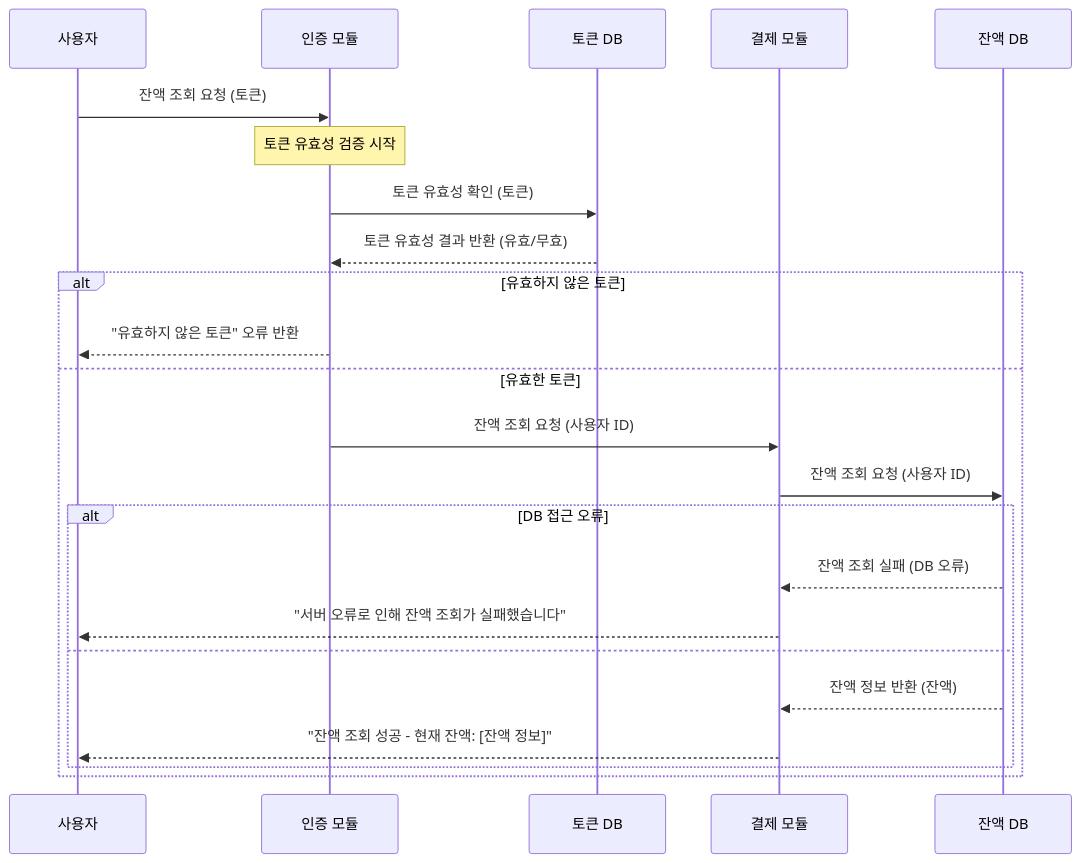
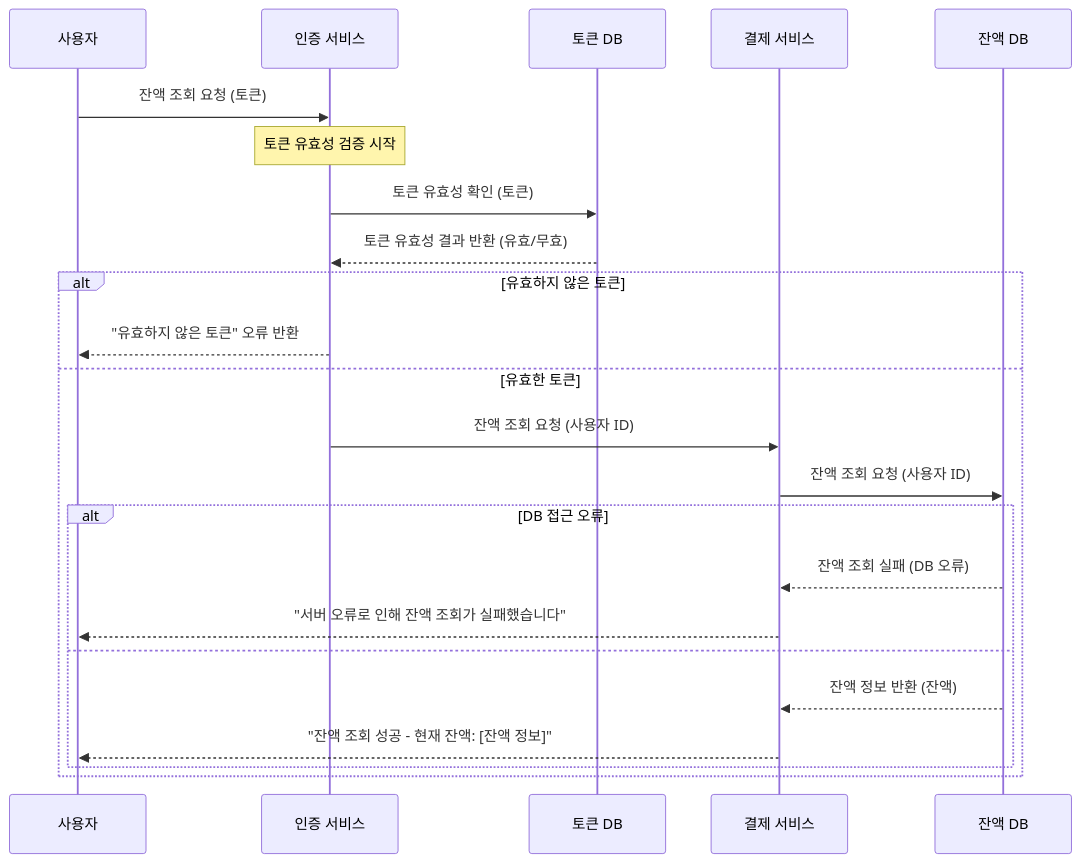
The sixth of 14 diagrams in README.md (SooLee99/hhplus-concert-reservation-service), drawn with Mermaid before and after one commit. The commit also changed other lines of this file, not shown here.

````diff
--- a/README.md
+++ b/README.md
@@ -275,37 +275,37 @@
 ```mermaid
   sequenceDiagram
   %% 참가자 정의
   participant User as 사용자
-  participant AuthServer as 인증 모듈
+  participant AuthServer as 인증 서비스
   participant TokenDB as 토큰 DB
-  participant ReservationServer as 결제 모듈
+  participant ReservationServer as 결제 서비스
   participant BalanceDB as 잔액 DB
   
   %% 1️⃣ 사용자 잔액 조회 요청 시나리오
   User->>AuthServer: 잔액 조회 요청 (토큰)
   Note over AuthServer: 토큰 유효성 검증 시작
   
   %% 2️⃣ 토큰 유효성 검증
   AuthServer->>TokenDB: 토큰 유효성 확인 (토큰)
   TokenDB-->>AuthServer: 토큰 유효성 결과 반환 (유효/무효)
   
   alt 유효하지 않은 토큰
   %% 3️⃣ 유효하지 않은 토큰일 경우
   AuthServer-->>User: "유효하지 않은 토큰" 오류 반환
   else 유효한 토큰
   %% 4️⃣ 예약 서버로 유효한 요청 전달
   AuthServer->>ReservationServer: 잔액 조회 요청 (사용자 ID)
   
       %% 5️⃣ 잔액 조회 요청 처리
       ReservationServer->>BalanceDB: 잔액 조회 요청 (사용자 ID)
       alt DB 접근 오류
           %% 6️⃣ 잔액 조회 중 DB 접근 오류 발생
           BalanceDB-->>ReservationServer: 잔액 조회 실패 (DB 오류)
           ReservationServer-->>User: "서버 오류로 인해 잔액 조회가 실패했습니다"
       else
           %% 7️⃣ 잔액 조회 성공
           BalanceDB-->>ReservationServer: 잔액 정보 반환 (잔액)
           ReservationServer-->>User: "잔액 조회 성공 - 현재 잔액: [잔액 정보]"
       end
   end
 ```
````
